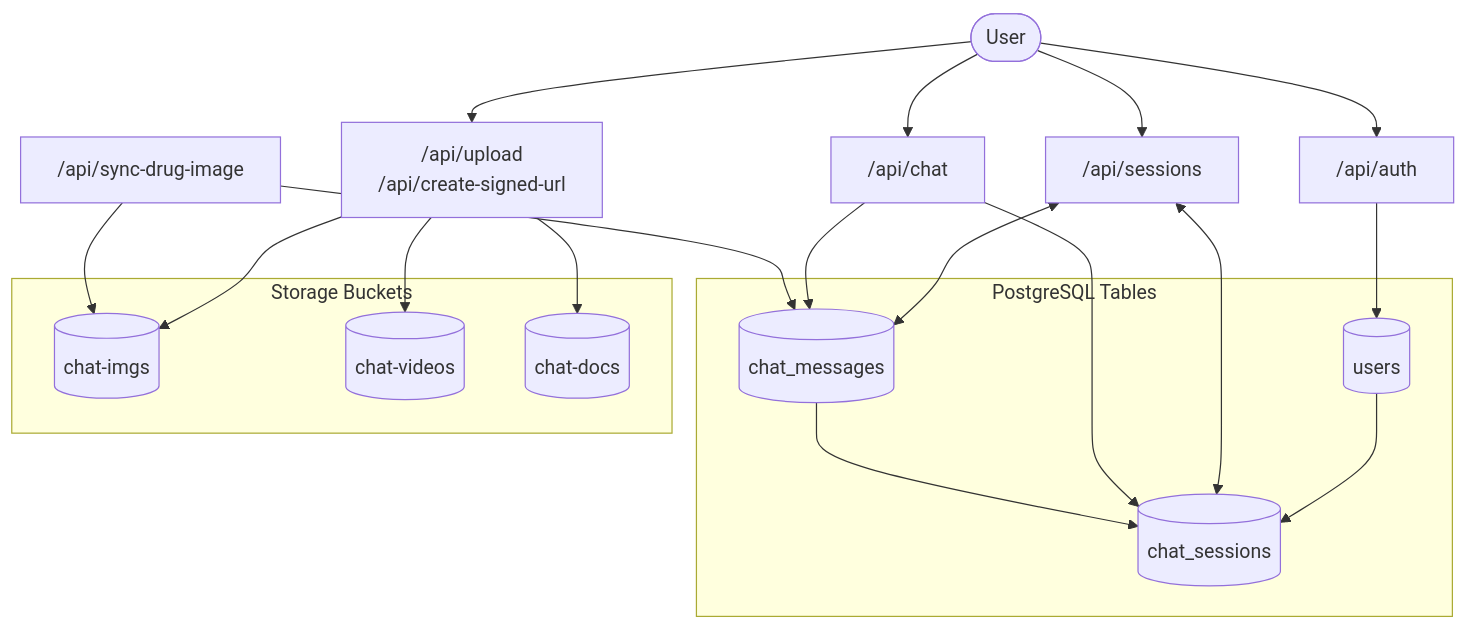
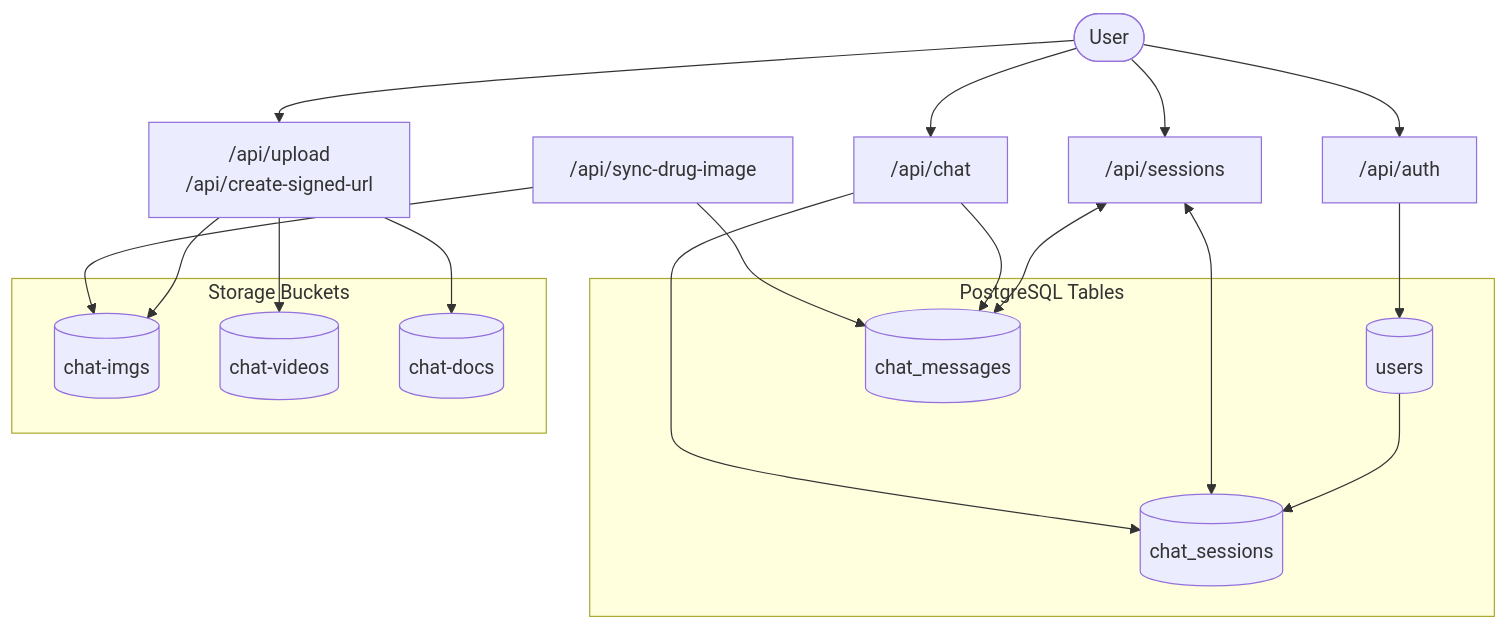
One commit to jpjp92/chat-agent changed the sixth of 6 diagrams in README.md. Above: the diagram before and after it, drawn with Mermaid. The commit also changed other lines of this file and 7 other files, not shown here.

````diff
--- a/README.md
+++ b/README.md
@@ -321,42 +300,27 @@
 ```mermaid
 flowchart TB
     User([User])
     AuthAPI["/api/auth"]
     SessionsAPI["/api/sessions"]
     ChatAPI["/api/chat"]
     UploadAPI["/api/upload\n/api/create-signed-url"]
     SyncAPI["/api/sync-drug-image"]
 
     subgraph Tables ["PostgreSQL Tables"]
         Users[("users")]
         Sessions[("chat_sessions")]
         Messages[("chat_messages")]
     end
 
     subgraph Storage ["Storage Buckets"]
         Imgs[("chat-imgs")]
         Videos[("chat-videos")]
         Docs[("chat-docs")]
     end
 
-    User --> AuthAPI
-    AuthAPI --> Users
-    Users --> Sessions
-
-    User --> SessionsAPI
-    SessionsAPI <--> Sessions
-    SessionsAPI <--> Messages
-
-    User --> UploadAPI
-    UploadAPI --> Imgs
-    UploadAPI --> Videos
-    UploadAPI --> Docs
-
-    User --> ChatAPI
-    ChatAPI --> Messages
-    ChatAPI --> Sessions
-    Messages --> Sessions
-
-    SyncAPI --> Imgs
-    SyncAPI --> Messages
+    User --> AuthAPI --> Users --> Sessions
+    User --> SessionsAPI <--> Sessions & Messages
+    User --> UploadAPI --> Imgs & Videos & Docs
+    User --> ChatAPI --> Messages & Sessions
+    SyncAPI --> Imgs & Messages
 ```
````
